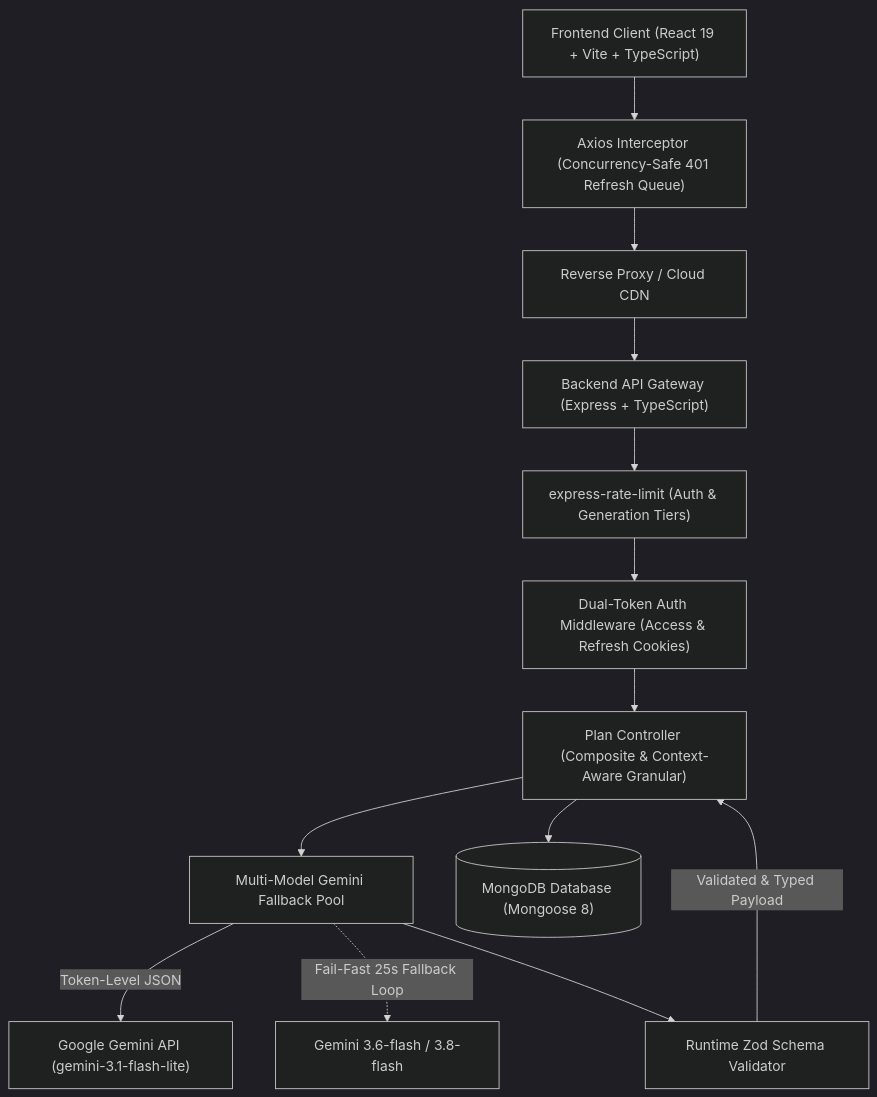
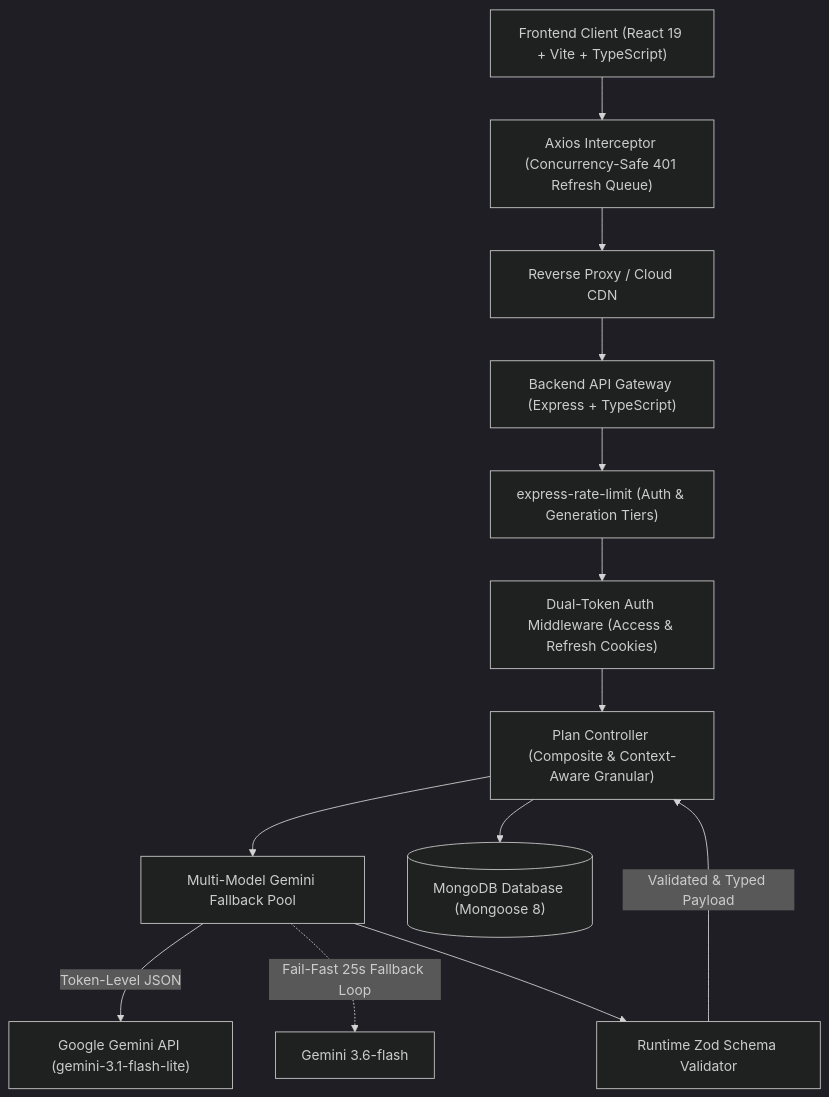
Before and after one commit to Vanshjaiswal-Dev/AI-product-manager: the diagram in README.md, drawn with Mermaid (dark theme). The commit also changed other lines of this file and 2 other files, not shown here.

Commit message:
refactor: remove gemini-3.8-flash from fallback pool and add geminiHelper utility

````diff
--- a/README.md
+++ b/README.md
@@ -52,26 +52,26 @@
 ```mermaid
 graph TD
     Client["Frontend Client (React 19 + Vite + TypeScript)"]
     AxiosInt["Axios Interceptor (Concurrency-Safe 401 Refresh Queue)"]
     Proxy["Reverse Proxy / Cloud CDN"]
     Server["Backend API Gateway (Express + TypeScript)"]
     Limiter["express-rate-limit (Auth & Generation Tiers)"]
     AuthMid["Dual-Token Auth Middleware (Access & Refresh Cookies)"]
     PlanCtrl["Plan Controller (Composite & Context-Aware Granular)"]
     GeminiHelper["Multi-Model Gemini Fallback Pool"]
     ZodVal["Runtime Zod Schema Validator"]
     MongoDB[("MongoDB Database (Mongoose 8)")]
 
     Client --> AxiosInt
     AxiosInt --> Proxy
     Proxy --> Server
     Server --> Limiter
     Limiter --> AuthMid
     AuthMid --> PlanCtrl
     PlanCtrl --> GeminiHelper
     GeminiHelper -->|Token-Level JSON| GeminiAPI["Google Gemini API (gemini-3.1-flash-lite)"]
-    GeminiHelper -.->|Fail-Fast 25s Fallback Loop| FallbackAPI["Gemini 3.6-flash / 3.8-flash"]
+    GeminiHelper -.->|Fail-Fast 25s Fallback Loop| FallbackAPI["Gemini 3.6-flash"]
     GeminiHelper --> ZodVal
     ZodVal -->|Validated & Typed Payload| PlanCtrl
     PlanCtrl --> MongoDB
 ```
````
